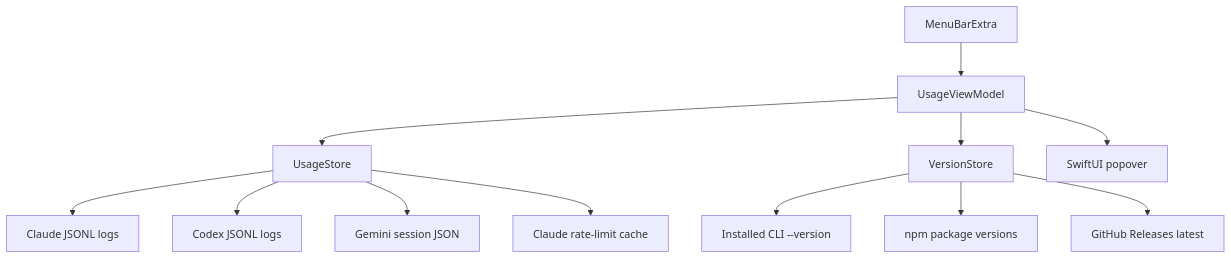
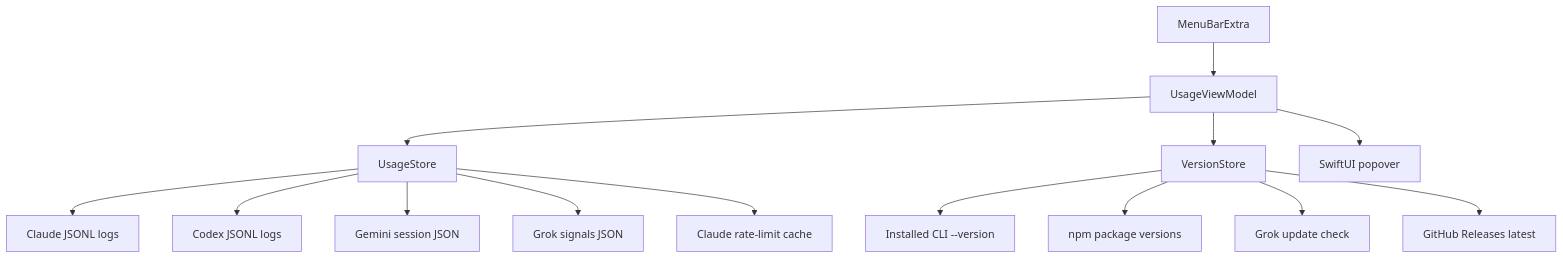
The first of 3 diagrams in README.md (happenings-dk/ai-usage), drawn with Mermaid before and after one commit. The commit also changed other lines of this file and 8 other files, not shown here.

````diff
--- a/README.md
+++ b/README.md
@@ -32,14 +33,16 @@
 ```mermaid
 flowchart TD
     A[MenuBarExtra] --> B[UsageViewModel]
     B --> C[UsageStore]
     B --> D[VersionStore]
     C --> E[Claude JSONL logs]
     C --> F[Codex JSONL logs]
     C --> G[Gemini session JSON]
-    C --> H[Claude rate-limit cache]
-    D --> I[Installed CLI --version]
-    D --> J[npm package versions]
-    D --> K[GitHub Releases latest]
-    B --> L[SwiftUI popover]
+    C --> H[Grok signals JSON]
+    C --> I[Claude rate-limit cache]
+    D --> J[Installed CLI --version]
+    D --> K[npm package versions]
+    D --> L[Grok update check]
+    D --> M[GitHub Releases latest]
+    B --> N[SwiftUI popover]
 ```
````
